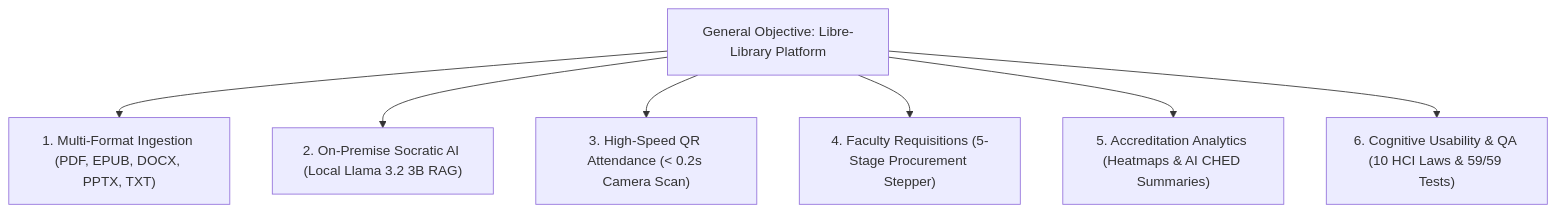
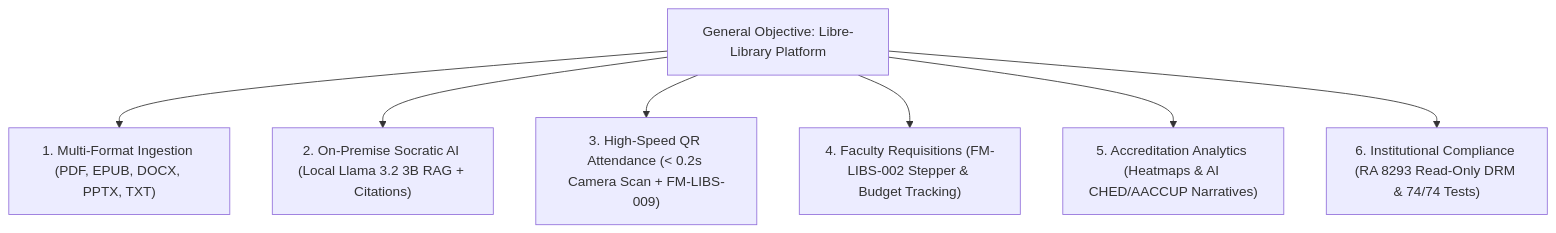
Before and after one commit to K1ezy/Kieser-s-Libre-Library: the diagram in docs/CAPSTONE_PRESENTATION.md, drawn with Mermaid. The commit also changed other lines of this file and 38 other files, not shown here.

First line of the commit message:
feat: implement high-throughput progress sync, native PDF/EPUB readers, institutional FM-LIBS forms, RBAC UI, and dev tools

````diff
--- a/docs/CAPSTONE_PRESENTATION.md
+++ b/docs/CAPSTONE_PRESENTATION.md
@@ -132,9 +132,9 @@
 ```mermaid
 graph TD
     GO["General Objective: Libre-Library Platform"] --> SO1["1. Multi-Format Ingestion (PDF, EPUB, DOCX, PPTX, TXT)"]
-    GO --> SO2["2. On-Premise Socratic AI (Local Llama 3.2 3B RAG)"]
-    GO --> SO3["3. High-Speed QR Attendance (< 0.2s Camera Scan)"]
-    GO --> SO4["4. Faculty Requisitions (5-Stage Procurement Stepper)"]
-    GO --> SO5["5. Accreditation Analytics (Heatmaps & AI CHED Summaries)"]
-    GO --> SO6["6. Cognitive Usability & QA (10 HCI Laws & 59/59 Tests)"]
+    GO --> SO2["2. On-Premise Socratic AI (Local Llama 3.2 3B RAG + Citations)"]
+    GO --> SO3["3. High-Speed QR Attendance (< 0.2s Camera Scan + FM-LIBS-009)"]
+    GO --> SO4["4. Faculty Requisitions (FM-LIBS-002 Stepper & Budget Tracking)"]
+    GO --> SO5["5. Accreditation Analytics (Heatmaps & AI CHED/AACCUP Narratives)"]
+    GO --> SO6["6. Institutional Compliance (RA 8293 Read-Only DRM & 74/74 Tests)"]
 ```
````
